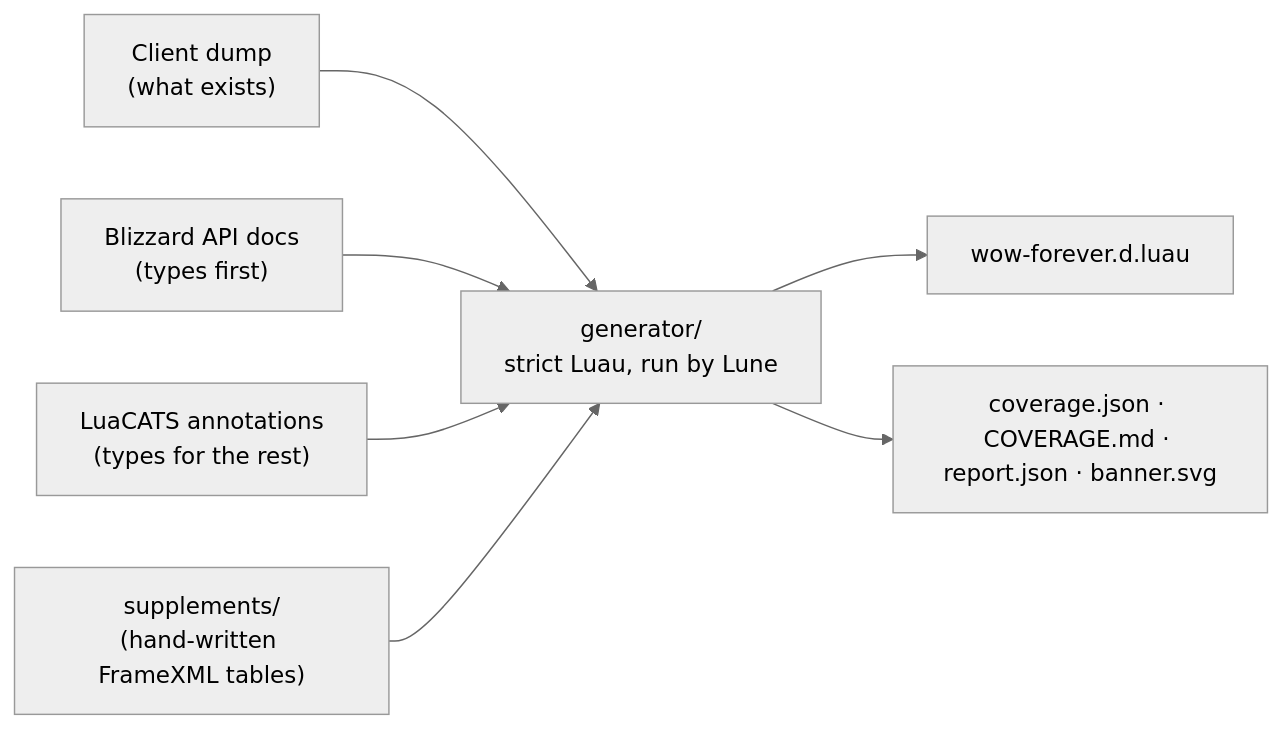
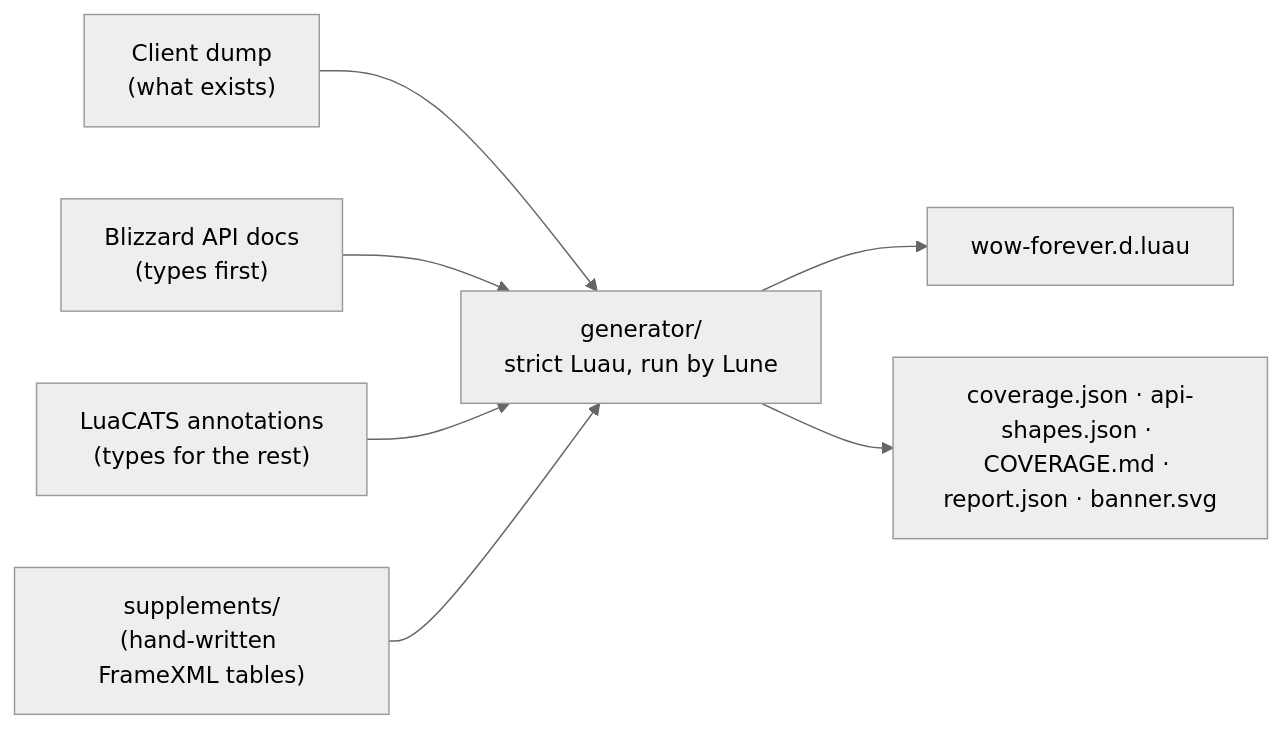
One commit to Braden1996/wow-forever-luau-types changed the diagram in README.md. Above: the diagram before and after it, drawn with Mermaid (neutral theme). The commit also changed other lines of this file and 25 other files, not shown here.

First line of the commit message:
feat(definitions): classify every API's result shape in api-shapes.json (#6)

````diff
--- a/README.md
+++ b/README.md
@@ -171,9 +179,9 @@
 ```mermaid
 flowchart LR
   R["Client dump<br/>(what exists)"] --> G["generator/<br/>strict Luau, run by Lune"]
   D["Blizzard API docs<br/>(types first)"] --> G
   A["LuaCATS annotations<br/>(types for the rest)"] --> G
   S["supplements/<br/>(hand-written FrameXML tables)"] --> G
   G --> O["wow-forever.d.luau"]
-  G --> C["coverage.json · COVERAGE.md · report.json · banner.svg"]
+  G --> C["coverage.json · api-shapes.json · COVERAGE.md · report.json · banner.svg"]
 ```
````
